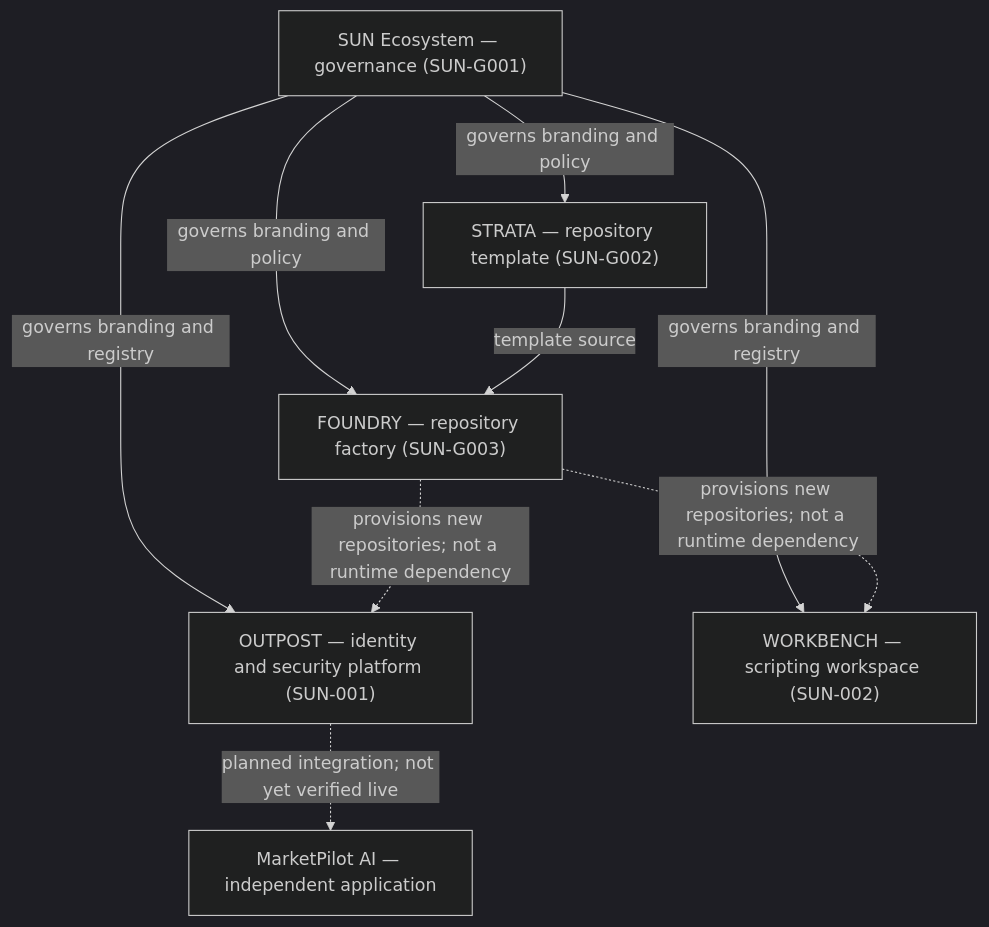
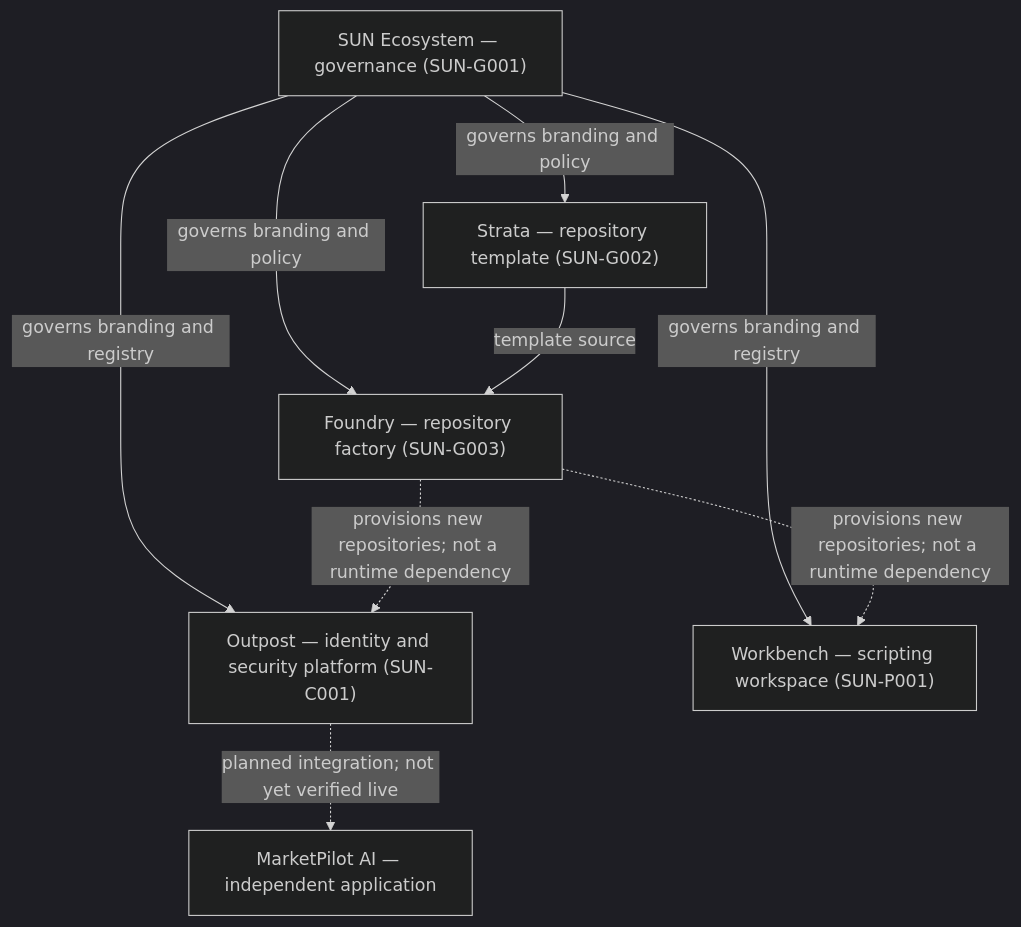
One commit to sunstriker2009/sun-ecosystem changed the diagram in docs/architecture/ECOSYSTEM-MAP.md. Above: the diagram before and after it, drawn with Mermaid (dark theme). The commit also changed other lines of this file and 24 other files, not shown here.

Commit message:
docs(branding): standardize SUN display names and brand character (#49)

````diff
--- a/docs/architecture/ECOSYSTEM-MAP.md
+++ b/docs/architecture/ECOSYSTEM-MAP.md
@@ -6,18 +6,18 @@
 ```mermaid
 flowchart TD
     SUN["SUN Ecosystem — governance (SUN-G001)"]
-    STRATA["STRATA — repository template (SUN-G002)"]
-    FOUNDRY["FOUNDRY — repository factory (SUN-G003)"]
-    ORYVA["OUTPOST — identity and security platform (SUN-001)"]
-    WORKBENCH["WORKBENCH — scripting workspace (SUN-002)"]
+    Strata["Strata — repository template (SUN-G002)"]
+    Foundry["Foundry — repository factory (SUN-G003)"]
+    Outpost["Outpost — identity and security platform (SUN-C001)"]
+    Workbench["Workbench — scripting workspace (SUN-P001)"]
     MARKET["MarketPilot AI — independent application"]
 
-    SUN -->|governs branding and policy| STRATA
-    SUN -->|governs branding and policy| FOUNDRY
-    SUN -->|governs branding and registry| ORYVA
-    SUN -->|governs branding and registry| WORKBENCH
-    STRATA -->|template source| FOUNDRY
-    FOUNDRY -.->|provisions new repositories; not a runtime dependency| ORYVA
-    FOUNDRY -.->|provisions new repositories; not a runtime dependency| WORKBENCH
-    ORYVA -.->|planned integration; not yet verified live| MARKET
+    SUN -->|governs branding and policy| Strata
+    SUN -->|governs branding and policy| Foundry
+    SUN -->|governs branding and registry| Outpost
+    SUN -->|governs branding and registry| Workbench
+    Strata -->|template source| Foundry
+    Foundry -.->|provisions new repositories; not a runtime dependency| Outpost
+    Foundry -.->|provisions new repositories; not a runtime dependency| Workbench
+    Outpost -.->|planned integration; not yet verified live| MARKET
 ```
````
